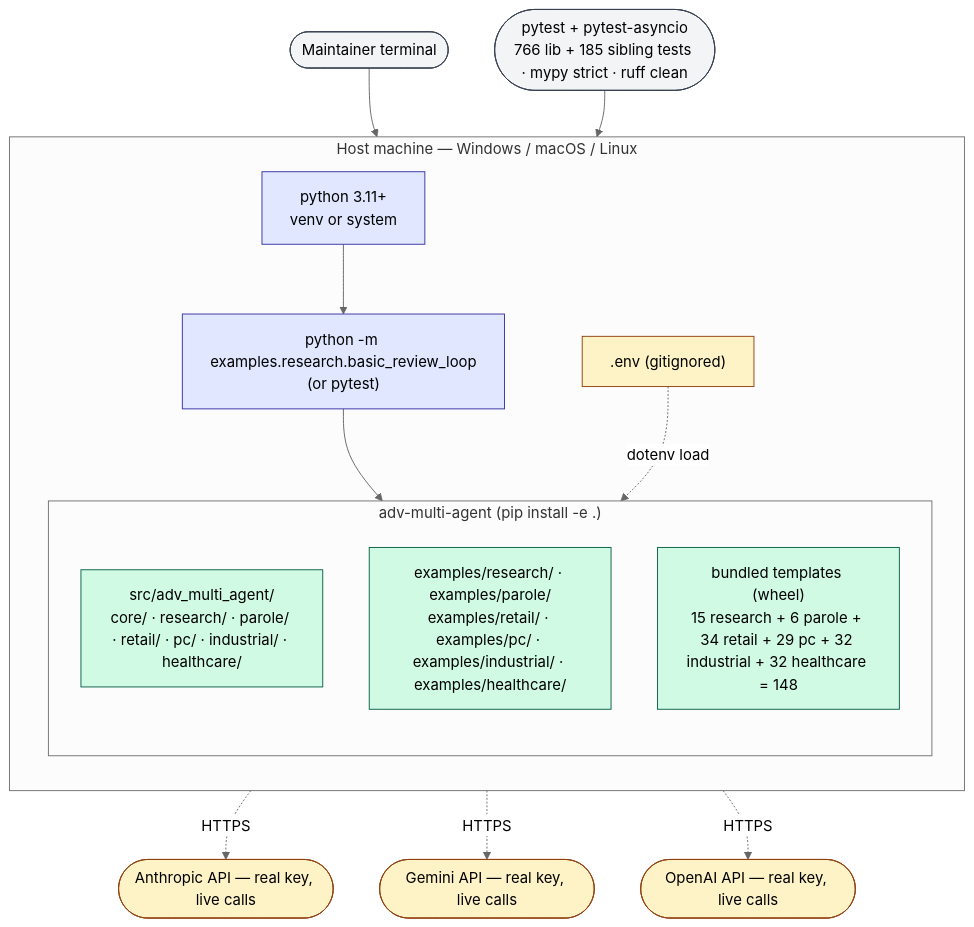
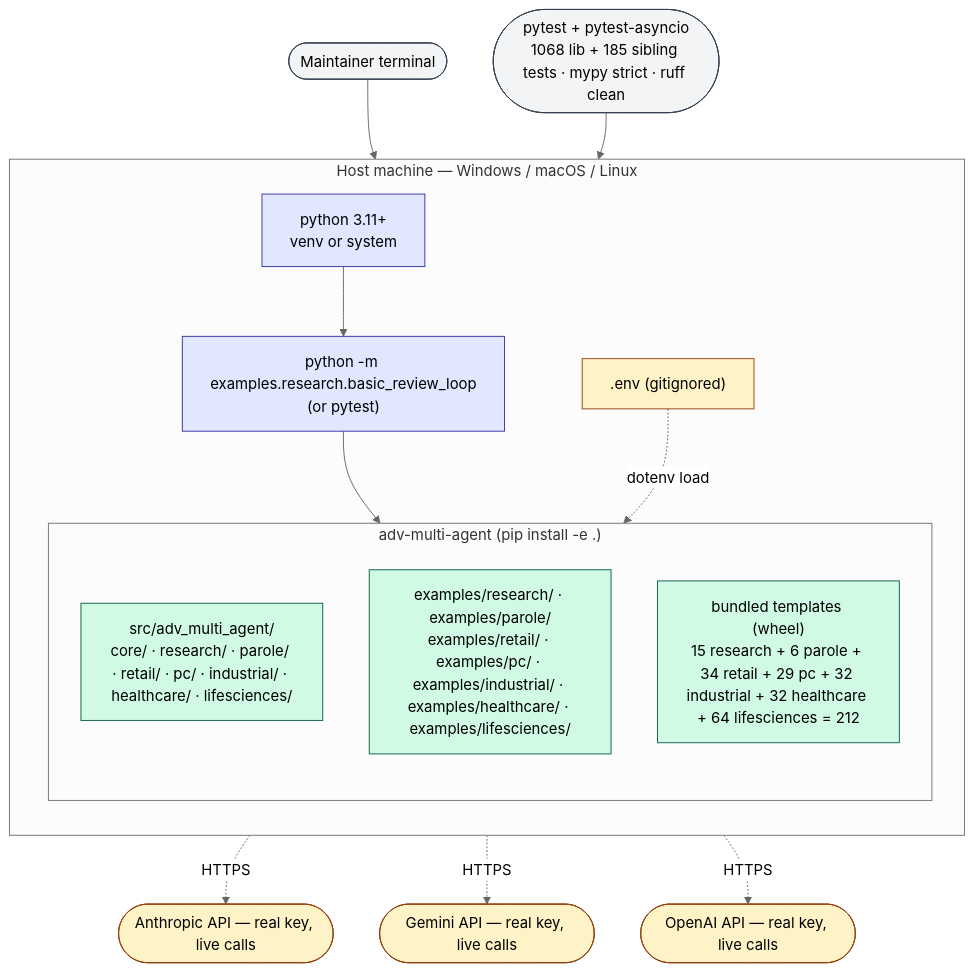
The second of 2 diagrams in docs/deployment-architecture.md (gmanch94/adversarial-multi-agent-lib), drawn with Mermaid (neutral theme) before and after one commit. The commit also changed other lines of this file and 2 other files, not shown here.

First line of the commit message:
docs(architecture): refresh stale counts + add lifesciences to architecture and deployment-architecture; fix CLAUDE.md sibling count [skip ci]

````diff
--- a/docs/deployment-architecture.md
+++ b/docs/deployment-architecture.md
@@ -135,37 +144,37 @@
 ```mermaid
 flowchart TB
     classDef proc fill:#e0e7ff,stroke:#3730a3,color:#000
     classDef lib fill:#d1fae5,stroke:#065f46,color:#000
     classDef ext fill:#fef3c7,stroke:#92400e,color:#000
     classDef user fill:#f3f4f6,stroke:#374151,color:#000
 
     Dev(["Maintainer terminal"]):::user
-    Pyt(["pytest + pytest-asyncio<br/>766 lib + 185 sibling tests · mypy strict · ruff clean"]):::user
+    Pyt(["pytest + pytest-asyncio<br/>1068 lib + 185 sibling tests · mypy strict · ruff clean"]):::user
 
     subgraph Host["Host machine — Windows / macOS / Linux"]
         direction TB
         Py["python 3.11+<br/>venv or system"]:::proc
         EnvLocal[".env (gitignored)"]:::ext
         Example["python -m examples.research.basic_review_loop<br/>(or pytest)"]:::proc
 
         subgraph Pkg["adv-multi-agent (pip install -e .)"]
             direction TB
-            Src["src/adv_multi_agent/<br/>core/ · research/ · parole/ · retail/ · pc/ · industrial/ · healthcare/"]:::lib
-            Examples["examples/research/ · examples/parole/<br/>examples/retail/ · examples/pc/ · examples/industrial/ · examples/healthcare/"]:::lib
-            SkillsDir["bundled templates (wheel)<br/>15 research + 6 parole + 34 retail + 29 pc + 32 industrial + 32 healthcare = 148"]:::lib
+            Src["src/adv_multi_agent/<br/>core/ · research/ · parole/ · retail/ · pc/ · industrial/ · healthcare/ · lifesciences/"]:::lib
+            Examples["examples/research/ · examples/parole/<br/>examples/retail/ · examples/pc/ · examples/industrial/ · examples/healthcare/ · examples/lifesciences/"]:::lib
+            SkillsDir["bundled templates (wheel)<br/>15 research + 6 parole + 34 retail + 29 pc + 32 industrial + 32 healthcare + 64 lifesciences = 212"]:::lib
         end
     end
 
     Anthro(["Anthropic API — real key, live calls"]):::ext
     GeminiDev(["Gemini API — real key, live calls"]):::ext
     OAI(["OpenAI API — real key, live calls"]):::ext
 
     Dev --> Py
     Pyt --> Py
     Py --> Example
     Example --> Src
     EnvLocal -. dotenv load .-> Src
     Src -. HTTPS .-> Anthro
     Src -. HTTPS .-> GeminiDev
     Src -. HTTPS .-> OAI
 ```
````
